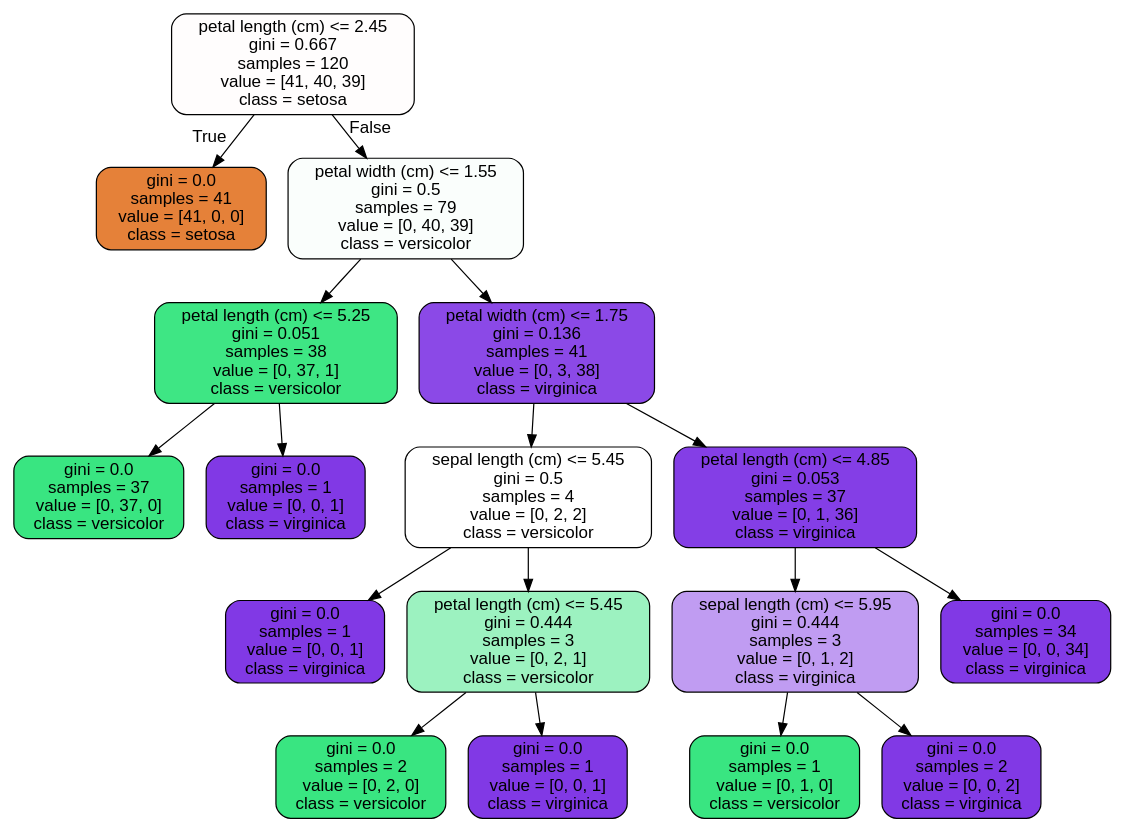
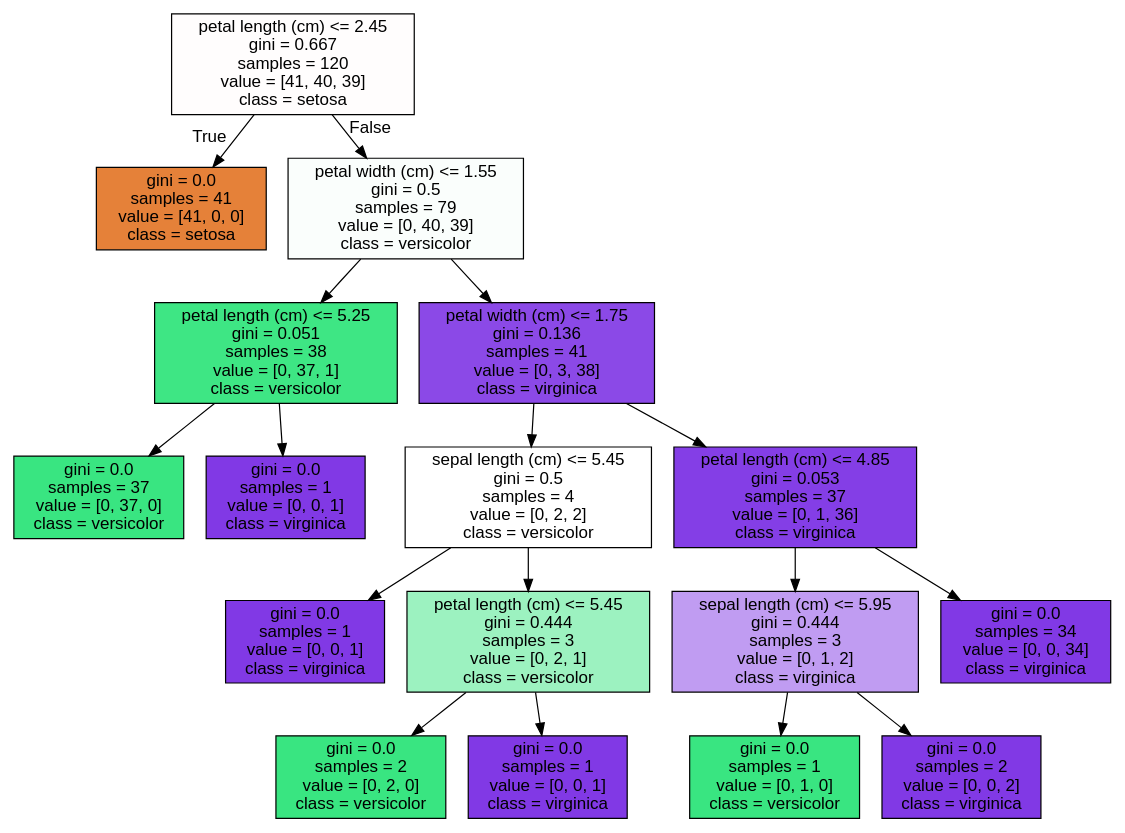
The diagram in source/tree.dot (buzziru/ML_GUIDE), drawn with Graphviz before and after one commit. The commit also changed 8 other files, not shown here.

```diff
--- a/source/tree.dot
+++ b/source/tree.dot
@@ -1,37 +1,37 @@
 digraph Tree {
-node [shape=box, style="filled, rounded", color="black", fontname="helvetica"] ;
+node [shape=box, style="filled", color="black", fontname="helvetica"] ;
 edge [fontname="helvetica"] ;
 0 [label="petal length (cm) <= 2.45\ngini = 0.667\nsamples = 120\nvalue = [41, 40, 39]\nclass = setosa", fillcolor="#fffdfd"] ;
 1 [label="gini = 0.0\nsamples = 41\nvalue = [41, 0, 0]\nclass = setosa", fillcolor="#e58139"] ;
 0 -> 1 [labeldistance=2.5, labelangle=45, headlabel="True"] ;
 2 [label="petal width (cm) <= 1.55\ngini = 0.5\nsamples = 79\nvalue = [0, 40, 39]\nclass = versicolor", fillcolor="#fafefc"] ;
 0 -> 2 [labeldistance=2.5, labelangle=-45, headlabel="False"] ;
 3 [label="petal length (cm) <= 5.25\ngini = 0.051\nsamples = 38\nvalue = [0, 37, 1]\nclass = versicolor", fillcolor="#3ee684"] ;
 2 -> 3 ;
 4 [label="gini = 0.0\nsamples = 37\nvalue = [0, 37, 0]\nclass = versicolor", fillcolor="#39e581"] ;
 3 -> 4 ;
 5 [label="gini = 0.0\nsamples = 1\nvalue = [0, 0, 1]\nclass = virginica", fillcolor="#8139e5"] ;
 3 -> 5 ;
 6 [label="petal width (cm) <= 1.75\ngini = 0.136\nsamples = 41\nvalue = [0, 3, 38]\nclass = virginica", fillcolor="#8b49e7"] ;
 2 -> 6 ;
 7 [label="sepal length (cm) <= 5.45\ngini = 0.5\nsamples = 4\nvalue = [0, 2, 2]\nclass = versicolor", fillcolor="#ffffff"] ;
 6 -> 7 ;
 8 [label="gini = 0.0\nsamples = 1\nvalue = [0, 0, 1]\nclass = virginica", fillcolor="#8139e5"] ;
 7 -> 8 ;
 9 [label="petal length (cm) <= 5.45\ngini = 0.444\nsamples = 3\nvalue = [0, 2, 1]\nclass = versicolor", fillcolor="#9cf2c0"] ;
 7 -> 9 ;
 10 [label="gini = 0.0\nsamples = 2\nvalue = [0, 2, 0]\nclass = versicolor", fillcolor="#39e581"] ;
 9 -> 10 ;
 11 [label="gini = 0.0\nsamples = 1\nvalue = [0, 0, 1]\nclass = virginica", fillcolor="#8139e5"] ;
 9 -> 11 ;
 12 [label="petal length (cm) <= 4.85\ngini = 0.053\nsamples = 37\nvalue = [0, 1, 36]\nclass = virginica", fillcolor="#843ee6"] ;
 6 -> 12 ;
 13 [label="sepal length (cm) <= 5.95\ngini = 0.444\nsamples = 3\nvalue = [0, 1, 2]\nclass = virginica", fillcolor="#c09cf2"] ;
 12 -> 13 ;
 14 [label="gini = 0.0\nsamples = 1\nvalue = [0, 1, 0]\nclass = versicolor", fillcolor="#39e581"] ;
 13 -> 14 ;
 15 [label="gini = 0.0\nsamples = 2\nvalue = [0, 0, 2]\nclass = virginica", fillcolor="#8139e5"] ;
 13 -> 15 ;
 16 [label="gini = 0.0\nsamples = 34\nvalue = [0, 0, 34]\nclass = virginica", fillcolor="#8139e5"] ;
 12 -> 16 ;
 }
```
